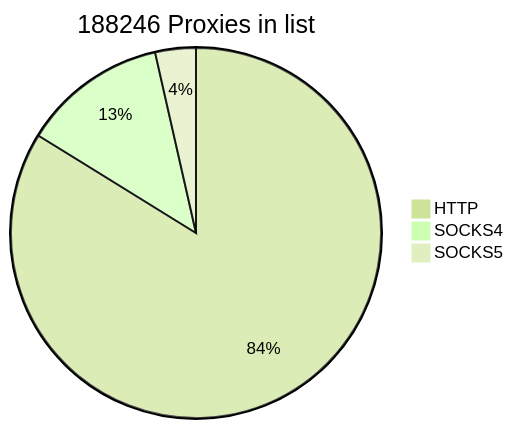
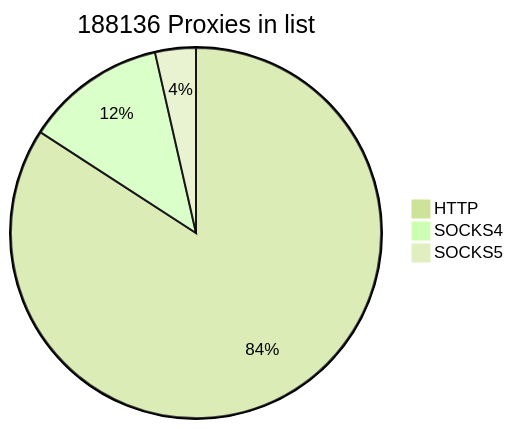
Before and after one commit to cutipu/proxylist: the first of 2 diagrams in README.md, drawn with Mermaid (forest theme). The commit also changed other lines of this file, not shown here.

````diff
--- a/README.md
+++ b/README.md
@@ -2,7 +2,7 @@
 ```mermaid
-pie title 188246 Proxies in list
-    "HTTP" : 157771
-    "SOCKS4" : 23791
-    "SOCKS5" : 6684
+pie title 188136 Proxies in list
+    "HTTP" : 158307
+    "SOCKS4" : 23138
+    "SOCKS5" : 6691
             
 ```
````
